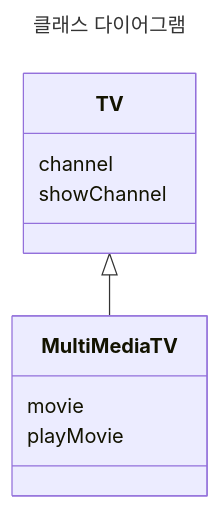
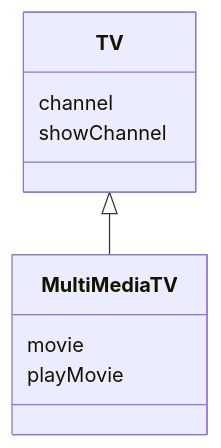
Before and after one commit to BlackWerf1257/BlackWerf1257.github.io: the second of 2 diagrams in 학교 공부/C++ 프로그래밍/_posts/2023-11-16-연산자 중복 및 상속.md, drawn with Mermaid. The commit also changed other lines of this file and 3 other files, not shown here.

````diff
--- a/학교 공부/C++ 프로그래밍/_posts/2023-11-16-연산자 중복 및 상속.md
+++ b/학교 공부/C++ 프로그래밍/_posts/2023-11-16-연산자 중복 및 상속.md
@@ -445,16 +442,13 @@
   ```mermaid
-  ---
-  title: 클래스 다이어그램
-  ---
   classDiagram
   
   class TV
   	TV : channel
   	TV : showChannel
   	
   class MultiMediaTV
   	MultiMediaTV : movie
   	MultiMediaTV : playMovie
   
   TV <|-- MultiMediaTV
   ```
````
